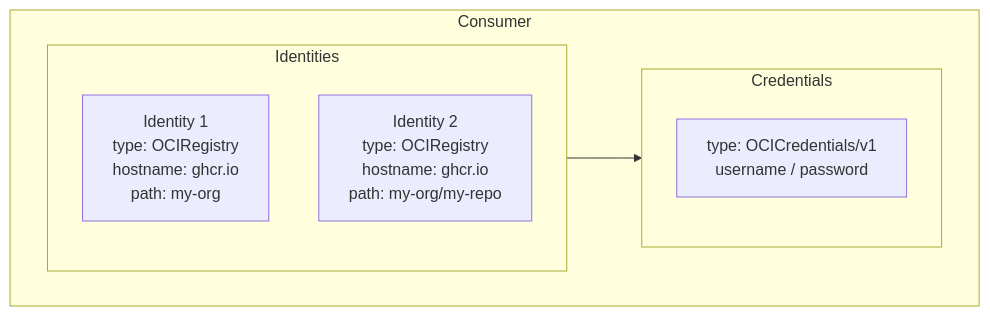
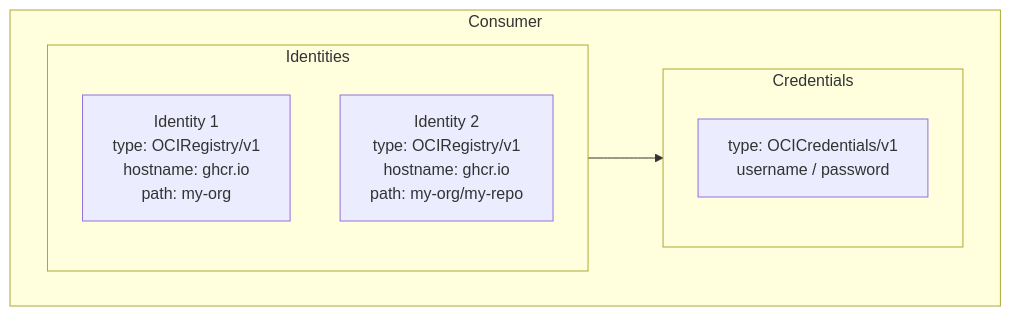
Before and after one commit to open-component-model/open-component-model: the first of 2 diagrams in website/content/docs/concepts/credential-system.md, drawn with Mermaid. The commit also changed 21 other files, not shown here.

````diff
--- a/website/content/docs/concepts/credential-system.md
+++ b/website/content/docs/concepts/credential-system.md
@@ -23,14 +23,14 @@
 ```mermaid
 flowchart TB
     subgraph consumer ["Consumer"]
         direction LR
         subgraph identities ["Identities"]
-            id1["Identity 1<br>type: OCIRegistry<br>hostname: ghcr.io<br>path: my-org"]
-            id2["Identity 2<br>type: OCIRegistry<br>hostname: ghcr.io<br>path: my-org/my-repo"]
+            id1["Identity 1<br>type: OCIRegistry/v1<br>hostname: ghcr.io<br>path: my-org"]
+            id2["Identity 2<br>type: OCIRegistry/v1<br>hostname: ghcr.io<br>path: my-org/my-repo"]
         end
         subgraph credentials ["Credentials"]
             cred["type: OCICredentials/v1<br>username / password"]
         end
         identities --> credentials
     end
 ```
````
